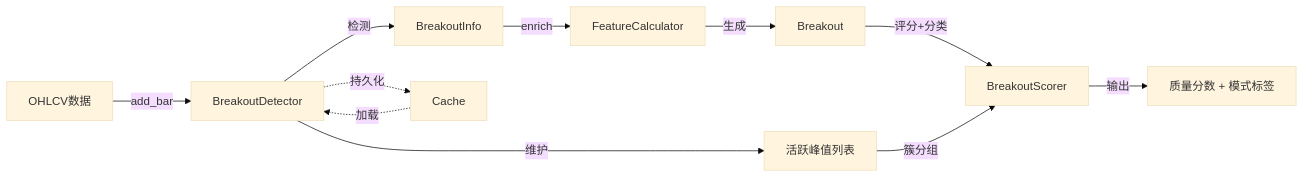
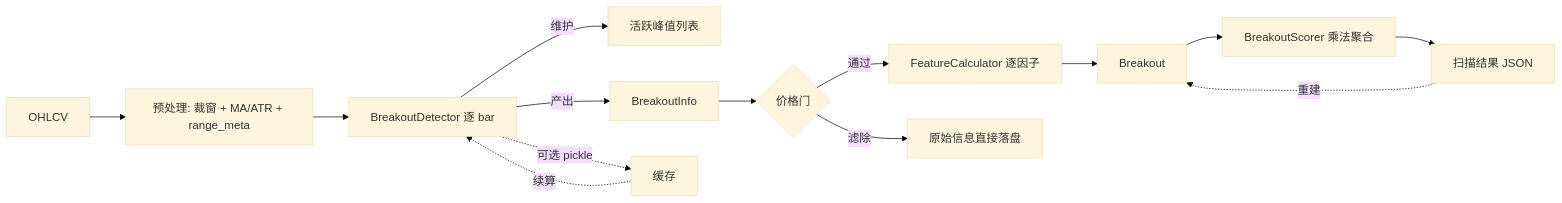
Before and after one commit to ufgtb24/Trade_Strategy: the diagram in .claude/docs/modules/突破扫描模块.md, drawn with Mermaid (base theme). The commit also changed other lines of this file and 373 other files, not shown here.

````diff
--- a/.claude/docs/modules/突破扫描模块.md
+++ b/.claude/docs/modules/突破扫描模块.md
@@ -49,14 +78,16 @@
 ```mermaid
 graph LR
-    A[OHLCV数据] -->|add_bar| B[BreakoutDetector]
-    B -->|维护| C[活跃峰值列表]
-    B -->|检测| D[BreakoutInfo]
-    D -->|enrich| E[FeatureCalculator]
-    E -->|生成| F[Breakout]
-    F -->|评分+分类| G[BreakoutScorer]
-    C -->|簇分组| G
-    G -->|输出| H[质量分数 + 模式标签]
-
-    B -.持久化.-> I[Cache]
-    I -.加载.-> B
+    A[OHLCV] --> P[预处理: 裁窗 + MA/ATR + range_meta]
+    P --> D[BreakoutDetector 逐 bar]
+    D -->|维护| K[活跃峰值列表]
+    D -->|产出| I[BreakoutInfo]
+    I --> G{价格门}
+    G -->|通过| F[FeatureCalculator 逐因子]
+    G -->|滤除| X[原始信息直接落盘]
+    F --> B[Breakout]
+    B --> S[BreakoutScorer 乘法聚合]
+    S --> J[扫描结果 JSON]
+    J -.重建.-> B
+    D -.可选 pickle.-> C[缓存]
+    C -.续算.-> D
 ```
````
